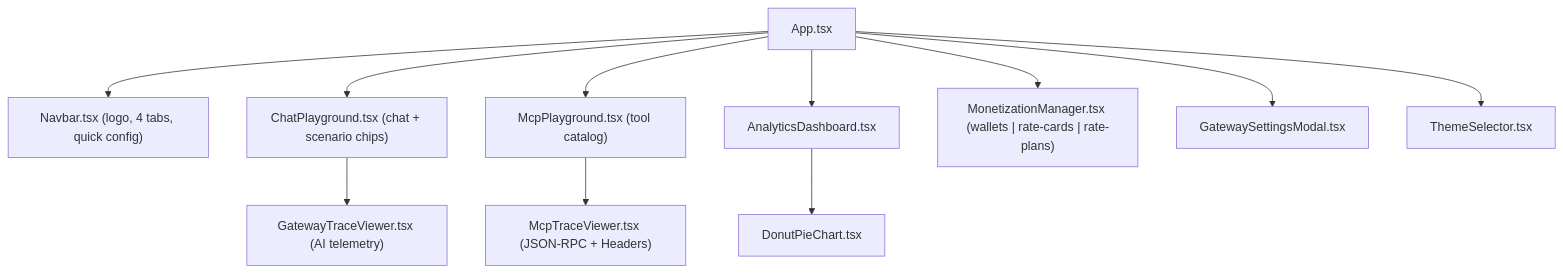
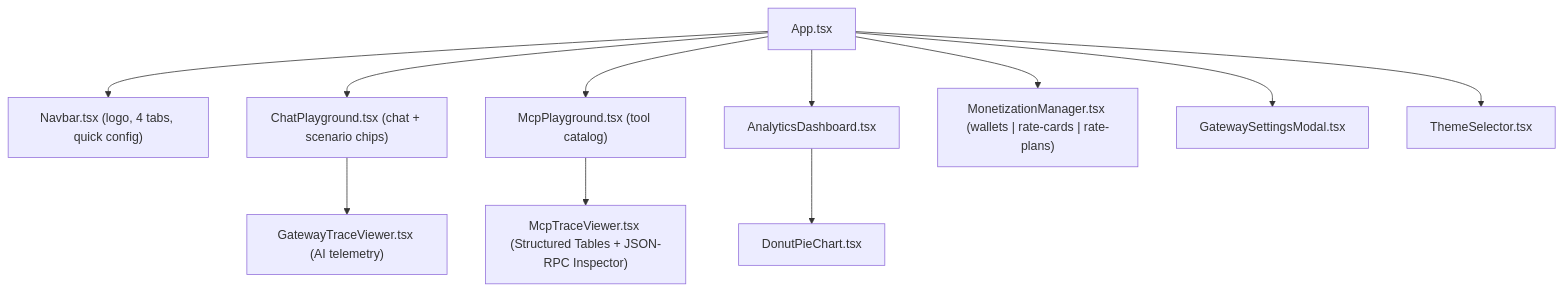
The diagram in docs/ui_semantic_cache_and_governance_spec.md (yem0428/apigee-ai-gateway-demo), drawn with Mermaid before and after one commit. The commit also changed other lines of this file and 3 other files, not shown here.

Commit message:
feat(ui): redesign MCP Gateway trace viewer with structured tables and collapsible JSON-RPC inspector

````diff
--- a/docs/ui_semantic_cache_and_governance_spec.md
+++ b/docs/ui_semantic_cache_and_governance_spec.md
@@ -64,25 +64,25 @@
 ```mermaid
 flowchart TD
     App["App.tsx"]
     Navbar["Navbar.tsx (logo, 4 tabs, quick config)"]
     Chat["ChatPlayground.tsx (chat + scenario chips)"]
     GTV["GatewayTraceViewer.tsx (AI telemetry)"]
     Mcp["McpPlayground.tsx (tool catalog)"]
-    MTV["McpTraceViewer.tsx (JSON-RPC + Headers)"]
+    MTV["McpTraceViewer.tsx (Structured Tables + JSON-RPC Inspector)"]
     Analytics["AnalyticsDashboard.tsx"]
     Donut["DonutPieChart.tsx"]
     Money["MonetizationManager.tsx (wallets | rate-cards | rate-plans)"]
     Modal["GatewaySettingsModal.tsx"]
     Theme["ThemeSelector.tsx"]
 
     App --> Navbar
     App --> Chat
     App --> Mcp
     App --> Analytics
     App --> Money
     App --> Modal
     App --> Theme
     Chat --> GTV
     Mcp --> MTV
     Analytics --> Donut
 ```
````
